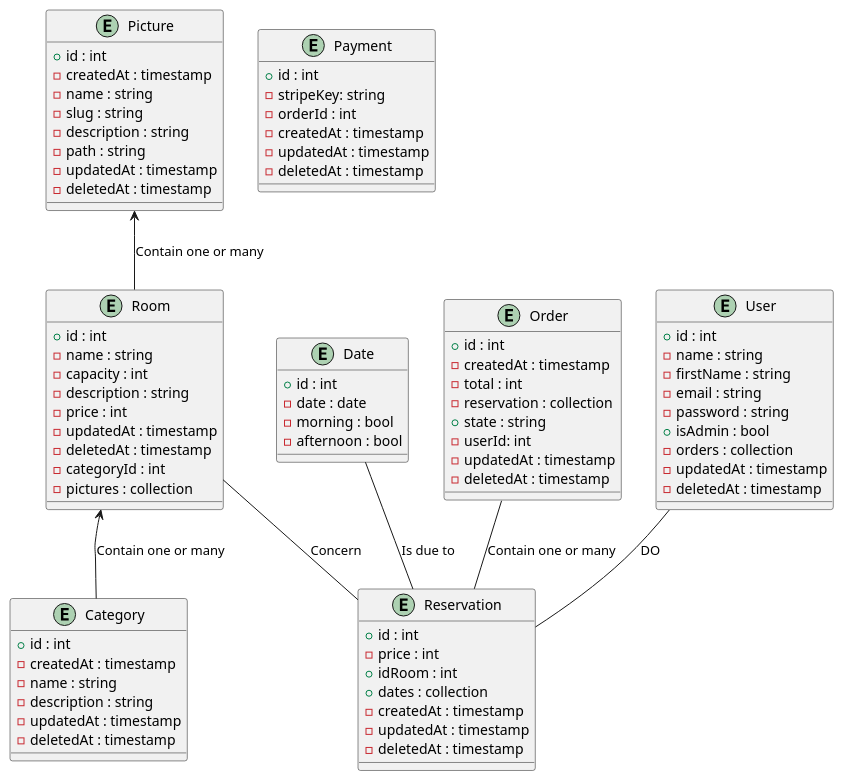
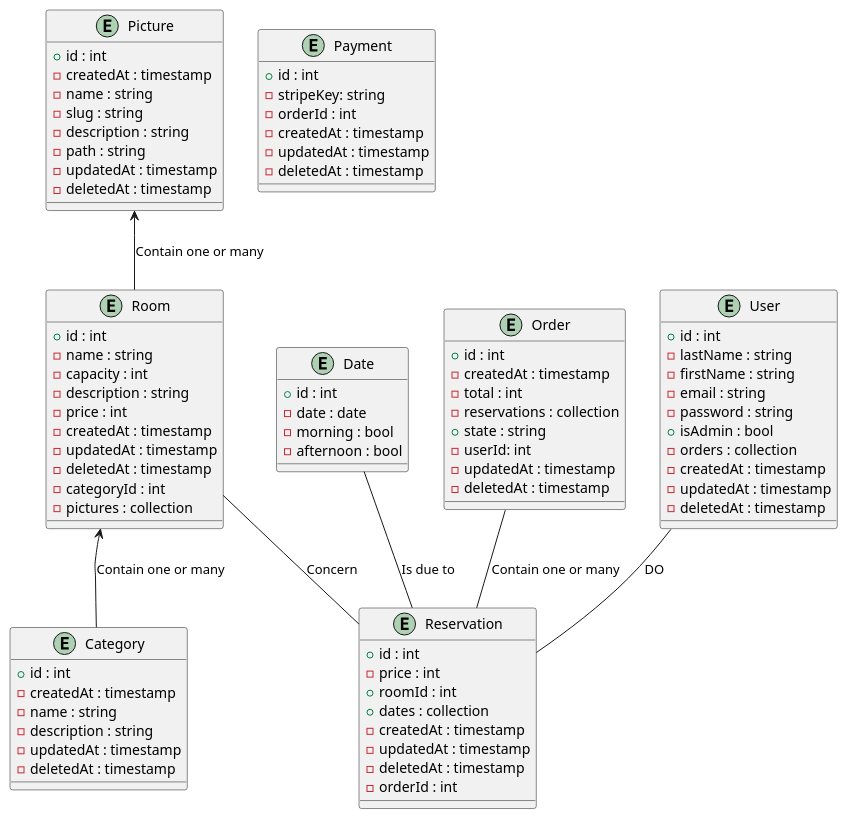
Before and after one commit to cecilejeanneau/reserva-space-final-symfony-session: the diagram in diagram.puml, drawn with PlantUML. The commit also changed 24 other files, not shown here.

```diff
--- a/diagram.puml
+++ b/diagram.puml
@@ -1,92 +1,95 @@
 @startuml ReservaSpace
 
 entity "User" as user {
   + id : int
-  - name : string
+  - lastName : string
   - firstName : string
   - email : string
   - password : string
   + isAdmin : bool
   - orders : collection
+  - createdAt : timestamp
   - updatedAt : timestamp
   - deletedAt : timestamp
 }
 
 entity "Room" as room {
   + id : int
   - name : string
   - capacity : int
   - description : string
   - price : int
+  - createdAt : timestamp
   - updatedAt : timestamp
   - deletedAt : timestamp
   - categoryId : int
   - pictures : collection
 }
 
 entity "Reservation" as reservation {
   + id : int
   - price : int
-  + idRoom : int
+  + roomId : int
   + dates : collection
   - createdAt : timestamp
   - updatedAt : timestamp
   - deletedAt : timestamp
+  - orderId : int
 }
 
 entity "Date" as date {
   + id : int
   - date : date
   - morning : bool
   - afternoon : bool
 }
 
 entity "Order" as order {
   + id : int
   - createdAt : timestamp
   - total : int
-  - reservation : collection
+  - reservations : collection
   + state : string
   - userId: int
   - updatedAt : timestamp
   - deletedAt : timestamp
 }
 
 entity "Picture" as picture {
   + id : int
   - createdAt : timestamp
   - name : string
   - slug : string
   - description : string
   - path : string
   - updatedAt : timestamp
   - deletedAt : timestamp
 }
 
 entity "Category" as category {
   + id : int
   - createdAt : timestamp
   - name : string
   - description : string
   - updatedAt : timestamp
   - deletedAt : timestamp
 }
 
 entity "Payment" as payment{
   + id : int
   - stripeKey: string
   - orderId : int
   - createdAt : timestamp
   - updatedAt : timestamp
   - deletedAt : timestamp
 }
 
 order -- reservation : "Contain one or many"
 user -- reservation : "DO"
 room -- reservation : "Concern"
 date -- reservation : "Is due to"
 picture <-- room : "Contain one or many"
 ' room -- category : "Belongs to"
 room <-- category : "Contain one or many"
 
 @enduml
```
